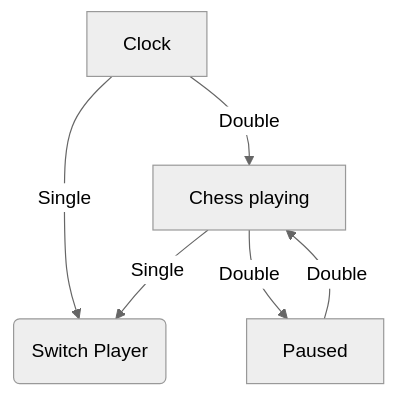
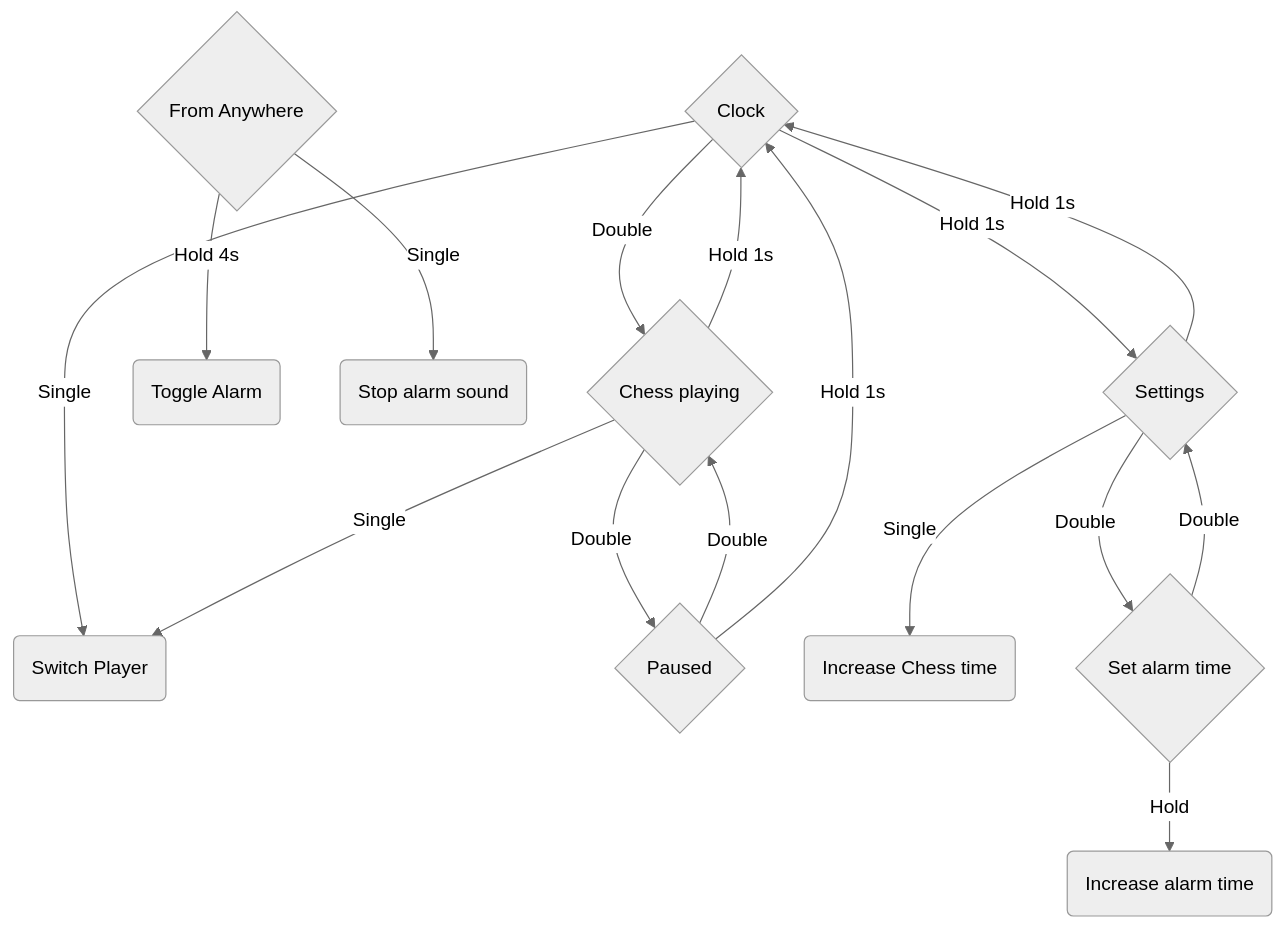
The diagram in README.md (schlauerlauer/chessclock), drawn with Mermaid (neutral theme) before and after one commit.

Commit message:
update mermaid

````diff
--- a/README.md
+++ b/README.md
@@ -15,8 +15,18 @@
 ```mermaid
 graph TD
-    A[Clock] -->|Single| B(Switch Player)
-    A -->|Double| C[Chess playing]
-    C -->|Single| B
-    C -->|Double| D[Paused]
-    D -->|Double| C
+    A{Clock} -->|Single| B(Switch Player)
+    A -->|Double| C
+    C{Chess playing} -->|Single| B
+    C -->|Hold 1s| A
+    C -->|Double| D
+    D{Paused} -->|Double| C
+    D -->|Hold 1s| A
+    F{From Anywhere} -->|Hold 4s| E(Toggle Alarm)
+    F -->|Single| U(Stop alarm sound)
+    A -->|Hold 1s| G
+    G{Settings} -->|Single| H(Increase Chess time)
+    G -->|Double| I{Set alarm time}
+    I -->|Hold| K(Increase alarm time)
+    I -->|Double| G
+    G -->|Hold 1s| A
 ```
````
